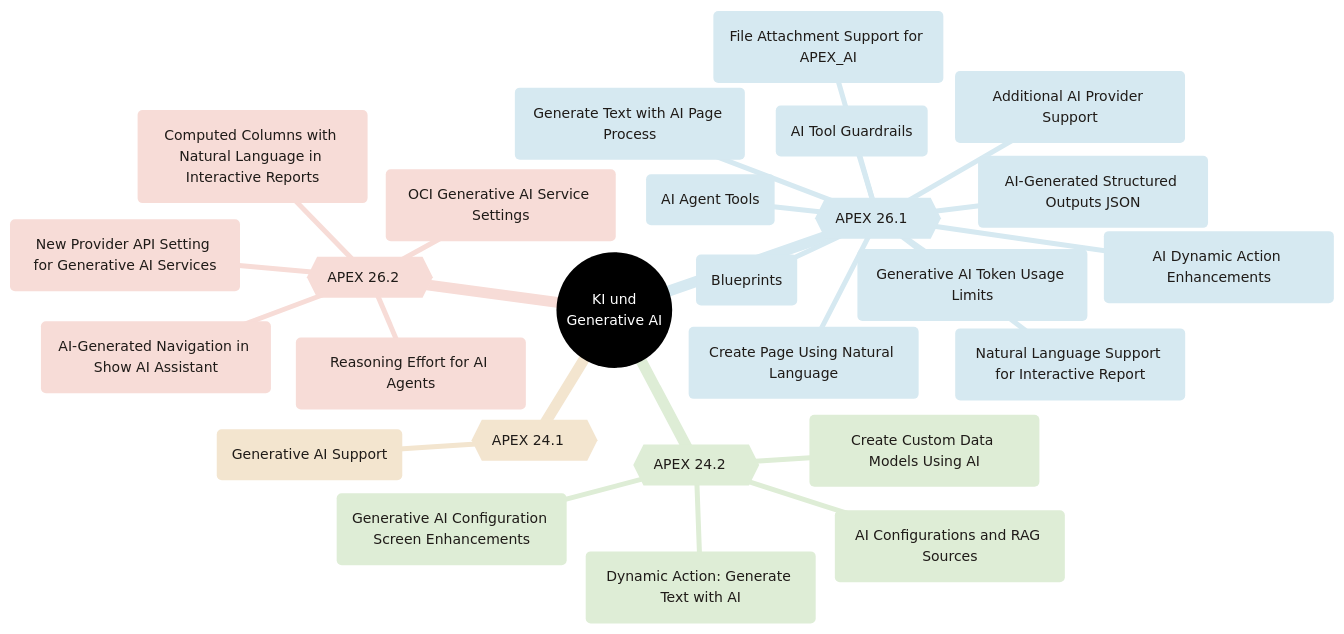
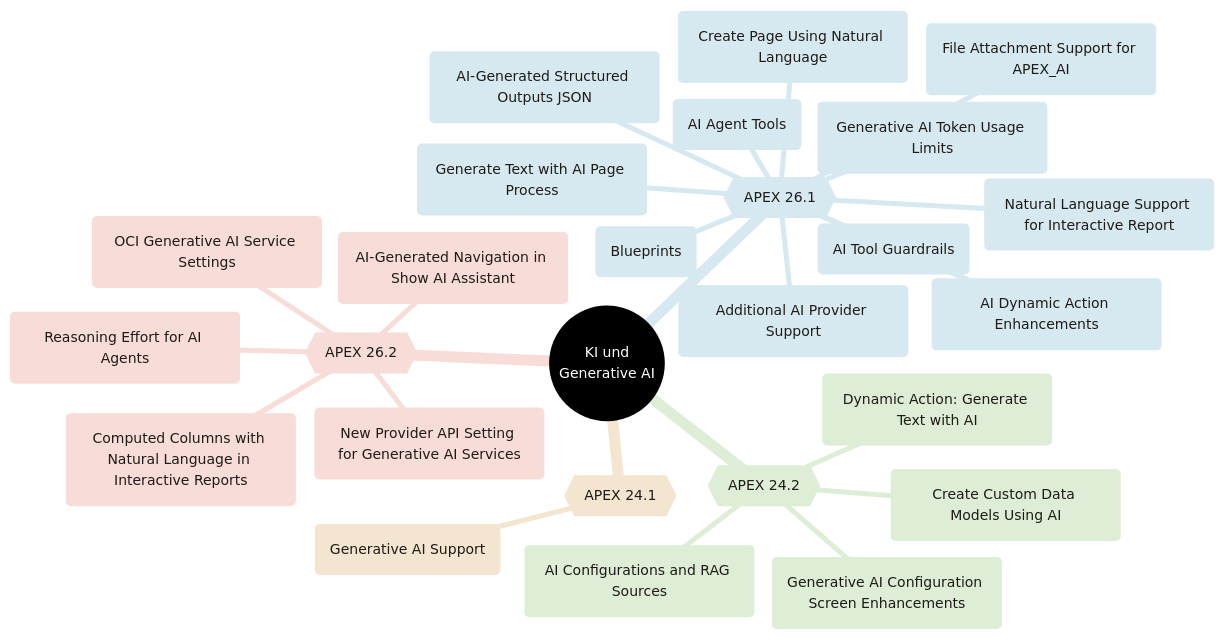
One commit to Nafets-Rezlop/apxnfo changed the first of 3 diagrams in mindmap-ki-test.md. Above: the diagram before and after it, drawn with Mermaid. The commit also changed other lines of this file and 1 other file, not shown here.

````diff
--- a/mindmap-ki-test.md
+++ b/mindmap-ki-test.md
@@ -7,48 +7,48 @@
 ```mermaid
 ---
 config:
   theme: base
   themeVariables:
     fontSize: 14px
     primaryColor: "#312D2A"
     primaryTextColor: "#ffffff"
     lineColor: "#C74634"
     cScale0: "#312D2A"
     cScaleLabel0: "#ffffff"
     cScale1: "#F7DCD7"
     cScaleLabel1: "#1F1B18"
     cScale2: "#D6E9F1"
     cScaleLabel2: "#1F1B18"
     cScale3: "#DEEDD6"
     cScaleLabel3: "#1F1B18"
     cScale4: "#F3E5CF"
     cScaleLabel4: "#1F1B18"
 ---
 mindmap
   root(("KI und<br/>Generative AI"))
-    r262{{"APEX 26.2&nbsp;&nbsp;&nbsp;"}}
+    r262{{"APEX 26.2"}}
       f262_0("Reasoning Effort for AI Agents")
       f262_1("New Provider API Setting for Generative AI Services")
       f262_2("OCI Generative AI Service Settings")
       f262_3("AI-Generated Navigation in Show AI Assistant")
       f262_4("Computed Columns with Natural Language in Interactive Reports")
-    r261{{"APEX 26.1&nbsp;&nbsp;&nbsp;"}}
+    r261{{"APEX 26.1"}}
       f261_5("Natural Language Support for Interactive Report")
       f261_6("Create Page Using Natural Language")
       f261_7("AI Agent Tools")
       f261_8("AI Tool Guardrails")
       f261_9("Generate Text with AI Page Process")
       f261_10("AI-Generated Structured Outputs JSON")
       f261_11("Generative AI Token Usage Limits")
       f261_12("Additional AI Provider Support")
       f261_13("AI Dynamic Action Enhancements")
       f261_14("Blueprints")
       f261_15("File Attachment Support for APEX_AI")
-    r242{{"APEX 24.2&nbsp;&nbsp;&nbsp;"}}
+    r242{{"APEX 24.2"}}
       f242_16("Dynamic Action: Generate Text with AI")
       f242_17("Create Custom Data Models Using AI")
       f242_18("AI Configurations and RAG Sources")
       f242_19("Generative AI Configuration Screen Enhancements")
-    r241{{"APEX 24.1&nbsp;&nbsp;&nbsp;"}}
+    r241{{"APEX 24.1"}}
       f241_20("Generative AI Support")
 ```
````
